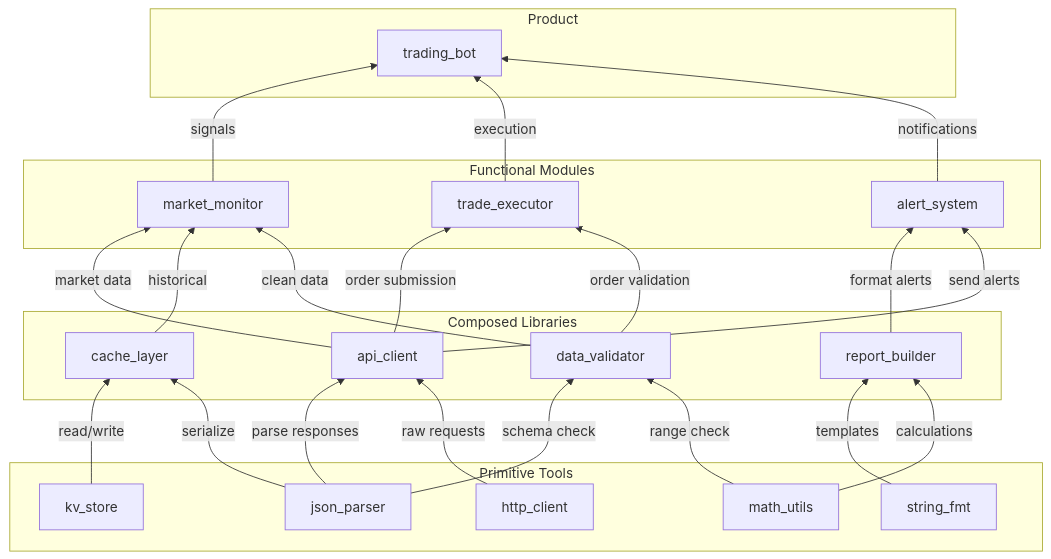
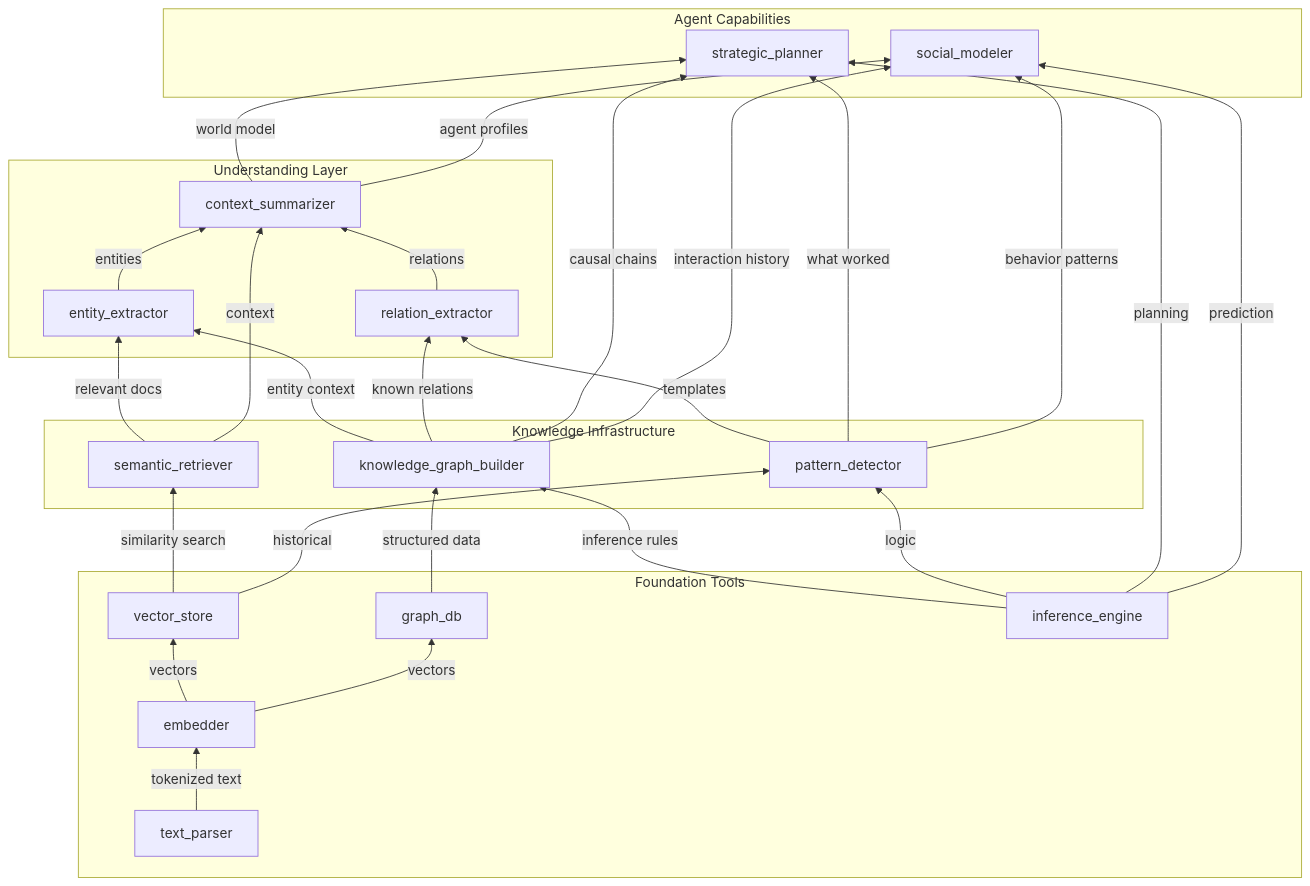
Before and after one commit to BrianMills2718/agent_ecology2: the second of 3 diagrams in docs/DIAGRAMS_DRAFT.md, drawn with Mermaid. The commit also changed other lines of this file, not shown here.

First line of the commit message:
Update diagrams: focus on capability-building capital structure

````diff
--- a/docs/DIAGRAMS_DRAFT.md
+++ b/docs/DIAGRAMS_DRAFT.md
@@ -42,53 +50,57 @@
 ```mermaid
 graph BT
-    subgraph Primitives["Primitive Tools"]
-        JSON[json_parser]
-        HTTP[http_client]
-        Math[math_utils]
-        String[string_fmt]
-        Store[kv_store]
+    subgraph Foundation["Foundation Tools"]
+        Parse[text_parser]
+        Embed[embedder]
+        Store[vector_store]
+        Graph[graph_db]
+        Reason[inference_engine]
     end
 
-    subgraph Libraries["Composed Libraries"]
-        API[api_client]
-        Validate[data_validator]
-        Cache[cache_layer]
-        Report[report_builder]
+    subgraph Knowledge["Knowledge Infrastructure"]
+        KG[knowledge_graph_builder]
+        Retriever[semantic_retriever]
+        Patterns[pattern_detector]
     end
 
-    subgraph Modules["Functional Modules"]
-        Monitor[market_monitor]
-        Executor[trade_executor]
-        Notifier[alert_system]
+    subgraph Understanding["Understanding Layer"]
+        EntityEx[entity_extractor]
+        RelationEx[relation_extractor]
+        Summarizer[context_summarizer]
     end
 
-    subgraph Product["Product"]
-        Bot[trading_bot]
+    subgraph Capabilities["Agent Capabilities"]
+        Strategic[strategic_planner]
+        Social[social_modeler]
     end
 
-    JSON -->|"parse responses"| API
-    HTTP -->|"raw requests"| API
+    Parse -->|"tokenized text"| Embed
+    Embed -->|"vectors"| Store
+    Embed -->|"vectors"| Graph
 
-    JSON -->|"schema check"| Validate
-    Math -->|"range check"| Validate
+    Store -->|"similarity search"| Retriever
+    Graph -->|"structured data"| KG
+    Reason -->|"inference rules"| KG
 
-    Store -->|"read/write"| Cache
-    JSON -->|"serialize"| Cache
+    KG -->|"entity context"| EntityEx
+    Retriever -->|"relevant docs"| EntityEx
+    KG -->|"known relations"| RelationEx
+    Patterns -->|"templates"| RelationEx
 
-    String -->|"templates"| Report
-    Math -->|"calculations"| Report
+    Store -->|"historical"| Patterns
+    Reason -->|"logic"| Patterns
 
-    API -->|"market data"| Monitor
-    Cache -->|"historical"| Monitor
-    Validate -->|"clean data"| Monitor
+    EntityEx -->|"entities"| Summarizer
+    RelationEx -->|"relations"| Summarizer
+    Retriever -->|"context"| Summarizer
 
-    API -->|"order submission"| Executor
-    Validate -->|"order validation"| Executor
+    Summarizer -->|"world model"| Strategic
+    KG -->|"causal chains"| Strategic
+    Patterns -->|"what worked"| Strategic
+    Reason -->|"planning"| Strategic
 
-    Report -->|"format alerts"| Notifier
-    API -->|"send alerts"| Notifier
-
-    Monitor -->|"signals"| Bot
-    Executor -->|"execution"| Bot
-    Notifier -->|"notifications"| Bot
+    Summarizer -->|"agent profiles"| Social
+    KG -->|"interaction history"| Social
+    Patterns -->|"behavior patterns"| Social
+    Reason -->|"prediction"| Social
 ```
````
